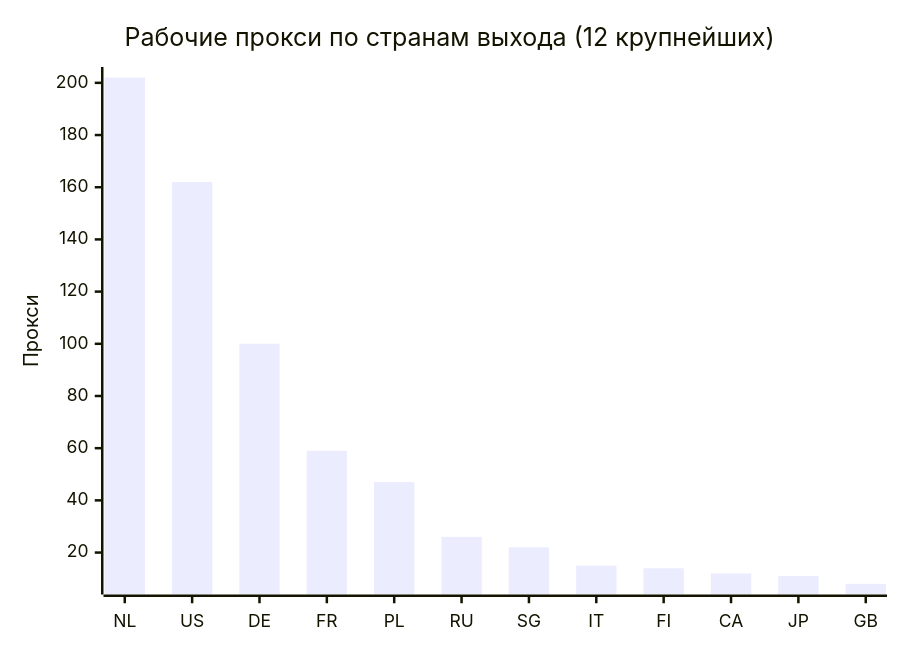
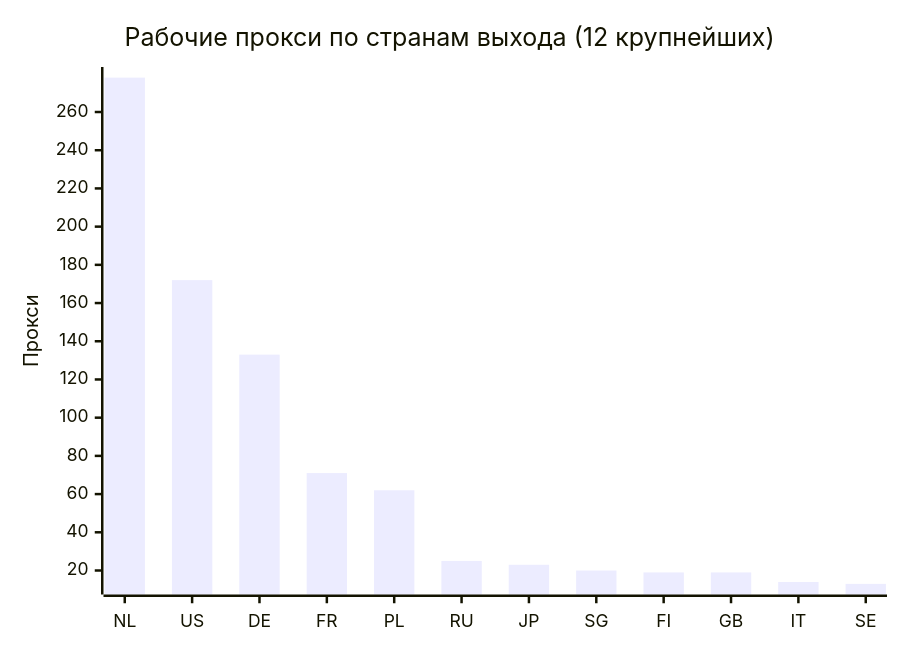
Before and after one commit to rvvg/proxy-subs: the second of 4 diagrams in README.md, drawn with Mermaid. The commit also changed other lines of this file and 70 other files, not shown here.

````diff
--- a/README.md
+++ b/README.md
@@ -152,7 +150,7 @@
 ```mermaid
 xychart-beta
     title "Рабочие прокси по странам выхода (12 крупнейших)"
-    x-axis ["NL", "US", "DE", "FR", "PL", "RU", "SG", "IT", "FI", "CA", "JP", "GB"]
+    x-axis ["NL", "US", "DE", "FR", "PL", "RU", "JP", "SG", "FI", "GB", "IT", "SE"]
     y-axis "Прокси"
-    bar [202, 162, 100, 59, 47, 26, 22, 15, 14, 12, 11, 8]
+    bar [278, 172, 133, 71, 62, 25, 23, 20, 19, 19, 14, 13]
 ```
````
